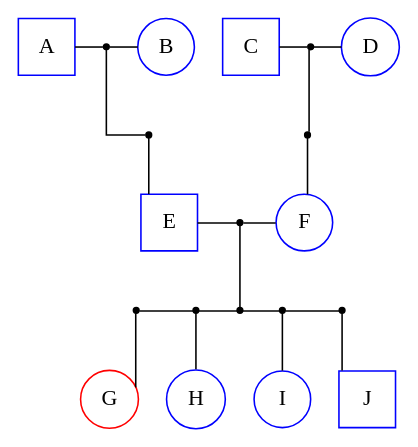
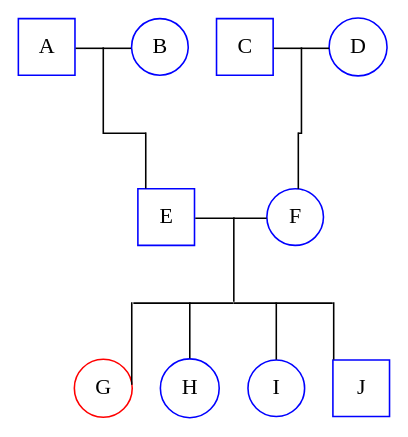
One commit to Nedgang/ped2dot changed the diagram in family_Ex_Emple.dot. Above: the diagram before and after it, drawn with Graphviz. The commit also changed 2 other files, not shown here.

Commit message:
Change point nodes between invididuals to invisible nodes

```diff
--- a/family_Ex_Emple.dot
+++ b/family_Ex_Emple.dot
@@ -1,64 +1,64 @@
 graph Genealogy {
 splines = ortho; rankdir = TB
 	subgraph "Generation 0" {
 		rank=same
 		A [color=blue shape=square]
 		B [color=blue shape=circle]
-		A_B [shape=point]
+		A_B [shape=point style=invis width=0]
 		A -- A_B
 		A_B -- B
 		C [color=blue shape=square]
 		D [color=blue shape=circle]
-		C_D [shape=point]
+		C_D [shape=point style=invis width=0]
 		C -- C_D
 		C_D -- D
 	}
 	subgraph "Generation 0 progeny" {
 		rank=same
-		progeny_E [shape=point]
-		progeny_F [shape=point]
+		progeny_E [shape=point style=invis width=0]
+		progeny_F [shape=point style=invis width=0]
 	}
 	subgraph "Links to generation 0 progeny" {
 		A_B -- progeny_E
 		C_D -- progeny_F
 	}
 	subgraph "Generation 1" {
 		rank=same
 		E [color=blue shape=square]
 		F [color=blue shape=circle]
-		E_F [shape=point]
+		E_F [shape=point style=invis width=0]
 		E -- E_F
 		E_F -- F
 	}
 	subgraph "Links to parental generation" {
 		progeny_E -- E
 		progeny_F -- F
 	}
 	subgraph "Generation 1 progeny" {
 		rank=same
-		progeny_E_F [shape=point]
-		progeny_G [shape=point]
+		progeny_E_F [shape=point style=invis width=0]
+		progeny_G [shape=point style=invis width=0]
 		progeny_G -- progeny_H
-		progeny_H [shape=point]
+		progeny_H [shape=point style=invis width=0]
 		progeny_H -- progeny_E_F
-		progeny_I [shape=point]
+		progeny_I [shape=point style=invis width=0]
 		progeny_E_F -- progeny_I
-		progeny_J [shape=point]
+		progeny_J [shape=point style=invis width=0]
 		progeny_I -- progeny_J
 	}
 	subgraph "Links to generation 1 progeny" {
 		E_F -- progeny_E_F
 	}
 	subgraph "Generation 2" {
 		G [color=red shape=circle]
 		H [color=blue shape=circle]
 		I [color=blue shape=circle]
 		J [color=blue shape=square]
 	}
 	subgraph "Links to parental generation" {
 		progeny_G -- G
 		progeny_H -- H
 		progeny_I -- I
 		progeny_J -- J
 	}
 }
```
